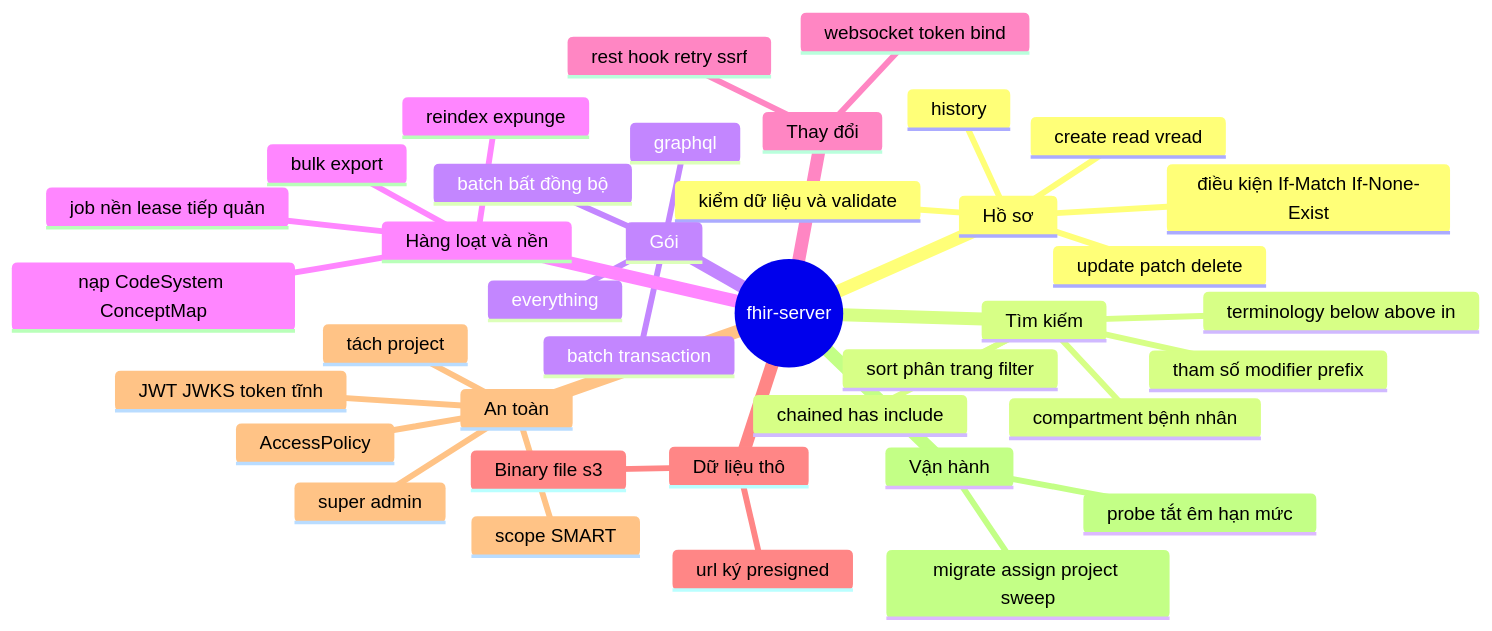
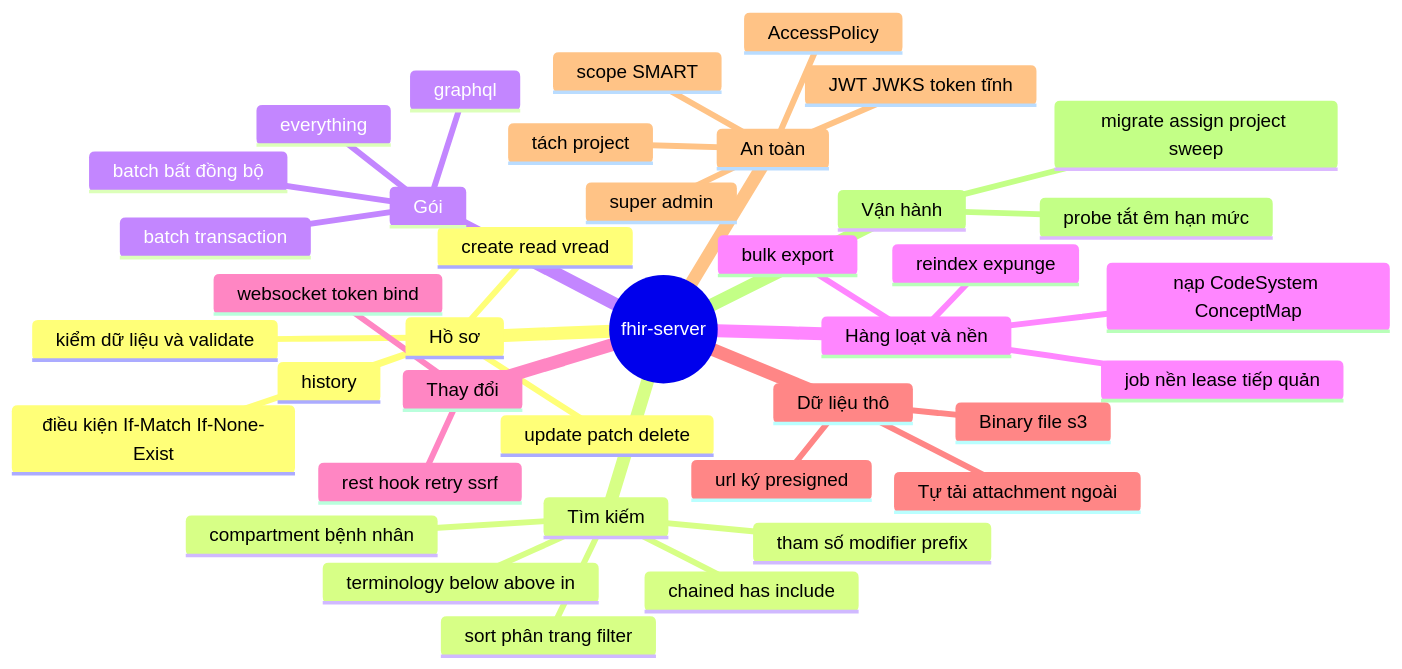
One commit to hoc-nguyenthai/medplum changed the second of 3 diagrams in apps/fhir-server/docs/business/01-tong-quan.md. Above: the diagram before and after it, drawn with Mermaid. The commit also changed 6 other files, not shown here.

First line of the commit message:
Tài liệu nghiệp vụ fhir-server: thêm F-28 tự tải attachment ngoài (BR-66..71, BF-14, AT-65..73)

````diff
--- a/apps/fhir-server/docs/business/01-tong-quan.md
+++ b/apps/fhir-server/docs/business/01-tong-quan.md
@@ -70,41 +70,42 @@
 ```mermaid
 mindmap
   root((fhir-server))
     Hồ sơ
       create read vread
       update patch delete
       điều kiện If-Match If-None-Exist
       history
       kiểm dữ liệu và validate
     Tìm kiếm
       tham số modifier prefix
       chained has include
       sort phân trang filter
       terminology below above in
       compartment bệnh nhân
     Gói
       batch transaction
       batch bất đồng bộ
       everything
       graphql
     Hàng loạt và nền
       bulk export
       reindex expunge
       job nền lease tiếp quản
       nạp CodeSystem ConceptMap
     Thay đổi
       rest hook retry ssrf
       websocket token bind
     Dữ liệu thô
       Binary file s3
       url ký presigned
+      Tự tải attachment ngoài
     An toàn
       JWT JWKS token tĩnh
       scope SMART
       AccessPolicy
       tách project
       super admin
     Vận hành
       migrate assign project sweep
       probe tắt êm hạn mức
 ```
````
